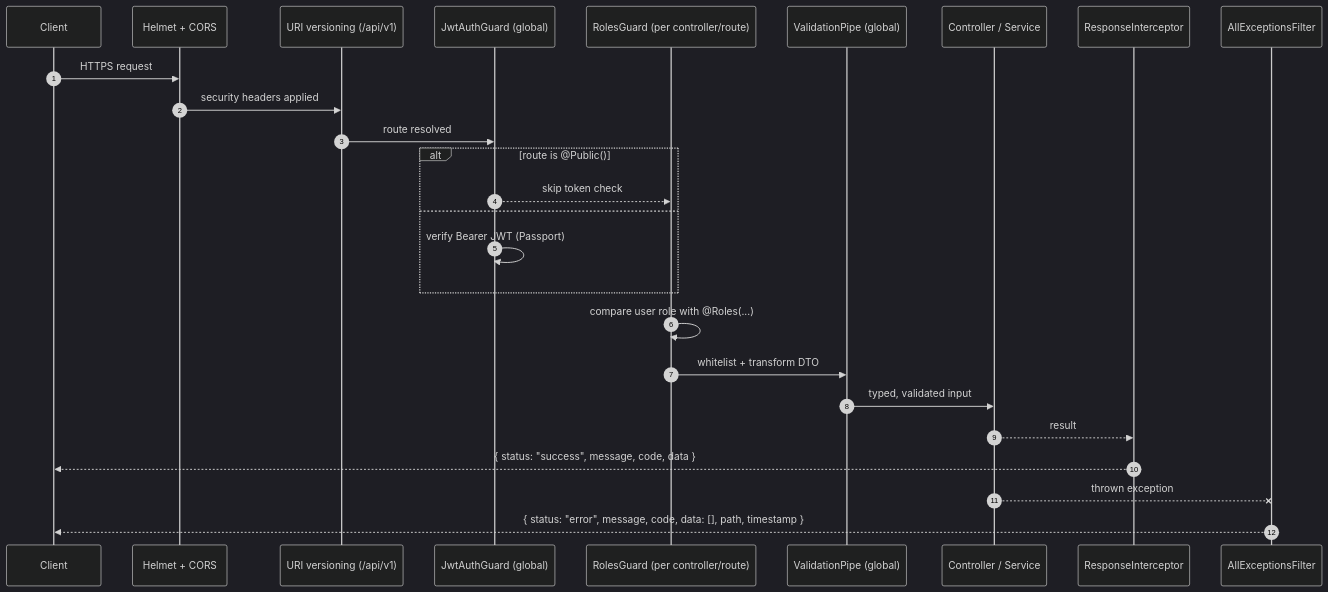
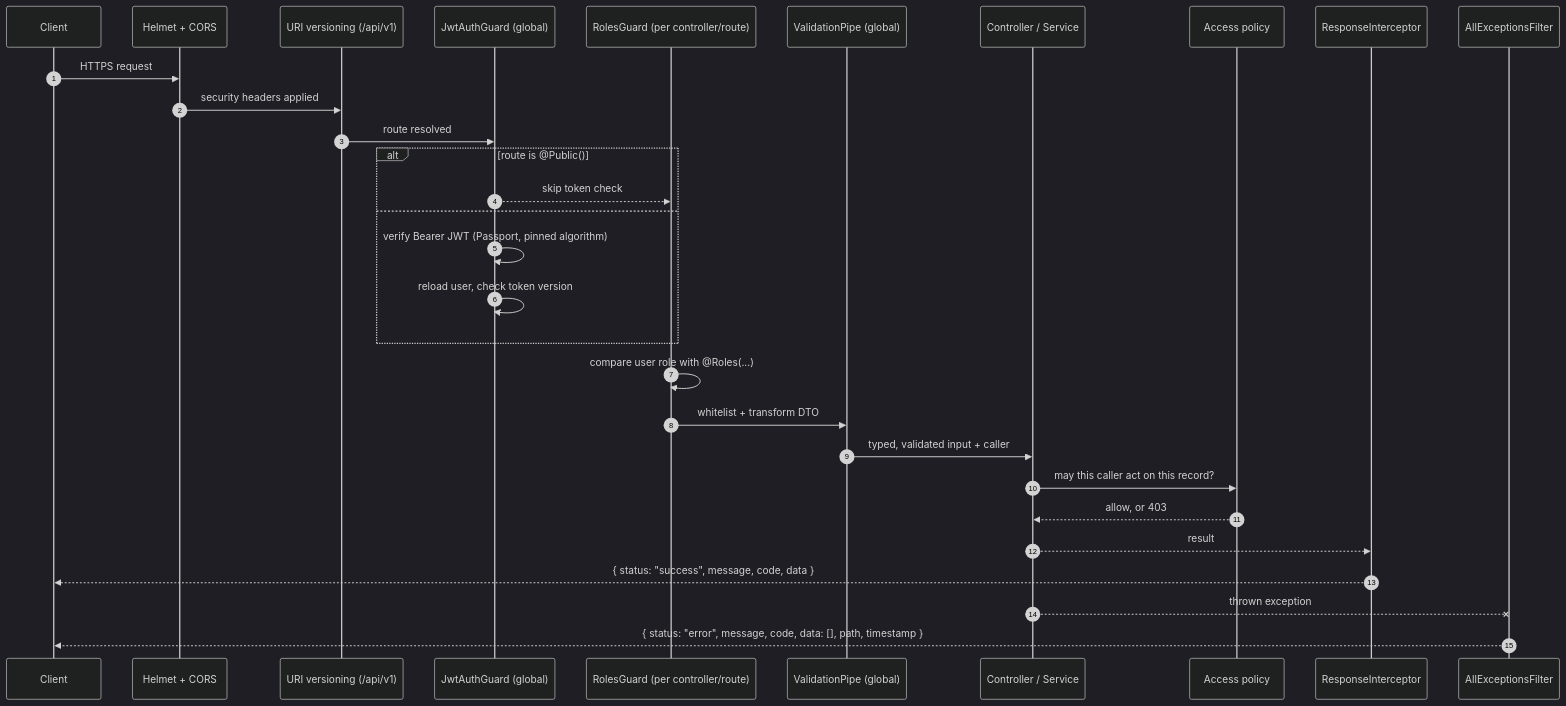
Before and after one commit to defoibrahim/hrm-platform-showcase: the second of 6 diagrams in docs/architecture.md, drawn with Mermaid (dark theme). The commit also changed other lines of this file and 23 other files, not shown here.

````diff
--- a/docs/architecture.md
+++ b/docs/architecture.md
@@ -44,29 +47,33 @@
 ```mermaid
 sequenceDiagram
   autonumber
   participant C as Client
   participant H as Helmet + CORS
   participant V as URI versioning (/api/v1)
   participant G as JwtAuthGuard (global)
   participant R as RolesGuard (per controller/route)
   participant P as ValidationPipe (global)
   participant Ctl as Controller / Service
+  participant A as Access policy
   participant I as ResponseInterceptor
   participant F as AllExceptionsFilter
 
   C->>H: HTTPS request
   H->>V: security headers applied
   V->>G: route resolved
   alt route is @Public()
     G-->>R: skip token check
   else
-    G->>G: verify Bearer JWT (Passport)
+    G->>G: verify Bearer JWT (Passport, pinned algorithm)
+    G->>G: reload user, check token version
   end
   R->>R: compare user role with @Roles(...)
   R->>P: whitelist + transform DTO
-  P->>Ctl: typed, validated input
+  P->>Ctl: typed, validated input + caller
+  Ctl->>A: may this caller act on this record?
+  A-->>Ctl: allow, or 403
   Ctl-->>I: result
   I-->>C: { status: "success", message, code, data }
   Ctl--xF: thrown exception
   F-->>C: { status: "error", message, code, data: [], path, timestamp }
 ```
````
